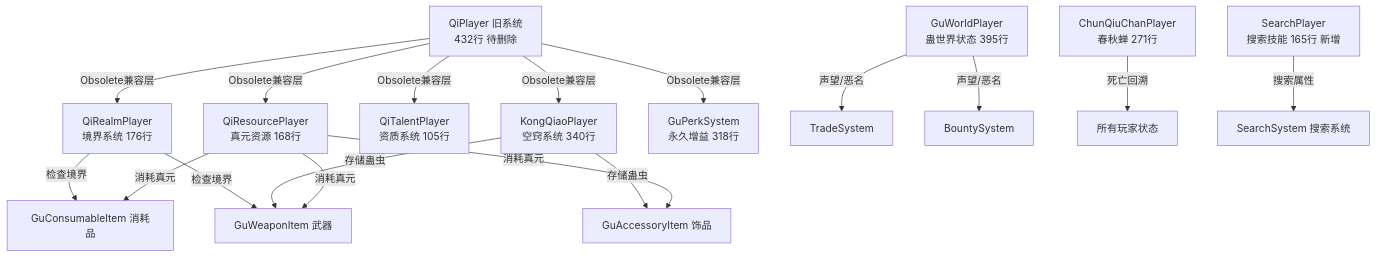
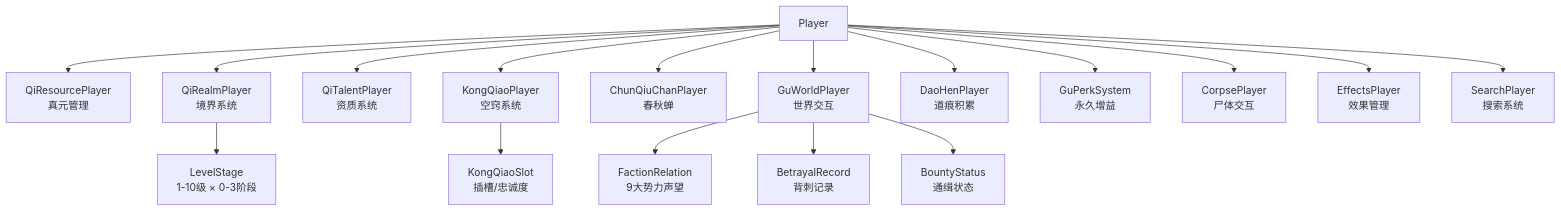
One commit to fsx-saki/VerminLordMod changed the first of 5 diagrams in plans/项目全景分析报告.md. Above: the diagram before and after it, drawn with Mermaid. The commit also changed other lines of this file and 68 other files, not shown here.

````diff
--- a/plans/项目全景分析报告.md
+++ b/plans/项目全景分析报告.md
@@ -320,25 +849,20 @@
 ```mermaid
-flowchart TD
-    QP[QiPlayer 旧系统<br/>432行 待删除] -->|Obsolete兼容层| RPS[QiResourcePlayer<br/>真元资源 168行]
-    QP -->|Obsolete兼容层| RLP[QiRealmPlayer<br/>境界系统 176行]
-    QP -->|Obsolete兼容层| TLP[QiTalentPlayer<br/>资质系统 105行]
-    QP -->|Obsolete兼容层| KQP[KongQiaoPlayer<br/>空窍系统 340行]
-    QP -->|Obsolete兼容层| GPS[GuPerkSystem<br/>永久增益 318行]
+graph TD
+    Player[Player] --> QiResource[QiResourcePlayer<br/>真元管理]
+    Player --> QiRealm[QiRealmPlayer<br/>境界系统]
+    Player --> QiTalent[QiTalentPlayer<br/>资质系统]
+    Player --> KongQiao[KongQiaoPlayer<br/>空窍系统]
+    Player --> ChunQiu[ChunQiuChanPlayer<br/>春秋蝉]
+    Player --> GuWorld[GuWorldPlayer<br/>世界交互]
+    Player --> DaoHen[DaoHenPlayer<br/>道痕积累]
+    Player --> GuPerk[GuPerkSystem<br/>永久增益]
+    Player --> Corpse[CorpsePlayer<br/>尸体交互]
+    Player --> Effects[EffectsPlayer<br/>效果管理]
+    Player --> Search[SearchPlayer<br/>搜索系统]
     
-    RPS -->|消耗真元| GWI[GuWeaponItem 武器]
-    RPS -->|消耗真元| GCI[GuConsumableItem 消耗品]
-    RPS -->|消耗真元| GAI[GuAccessoryItem 饰品]
-    
-    KQP -->|存储蛊虫| GWI
-    KQP -->|存储蛊虫| GAI
-    
-    RLP -->|检查境界| GWI
-    RLP -->|检查境界| GCI
-    
-    GWP[GuWorldPlayer<br/>蛊世界状态 395行] -->|声望/恶名| TS[TradeSystem]
-    GWP -->|声望/恶名| BS[BountySystem]
-    
-    CCP[ChunQiuChanPlayer<br/>春秋蝉 271行] -->|死亡回溯| ALL[所有玩家状态]
-    
-    SP[SearchPlayer<br/>搜索技能 165行 新增] -->|搜索属性| SS[SearchSystem 搜索系统]
+    KongQiao --> KongQiaoSlot[KongQiaoSlot<br/>插槽/忠诚度]
+    QiRealm --> LevelStage[LevelStage<br/>1-10级 × 0-3阶段]
+    GuWorld --> FactionRelation[FactionRelation<br/>9大势力声望]
+    GuWorld --> BetrayalRecord[BetrayalRecord<br/>背刺记录]
+    GuWorld --> BountyStatus[BountyStatus<br/>通缉状态]
 ```
````
